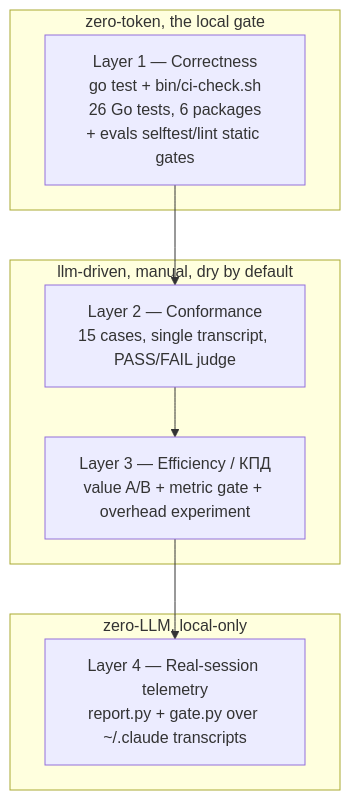
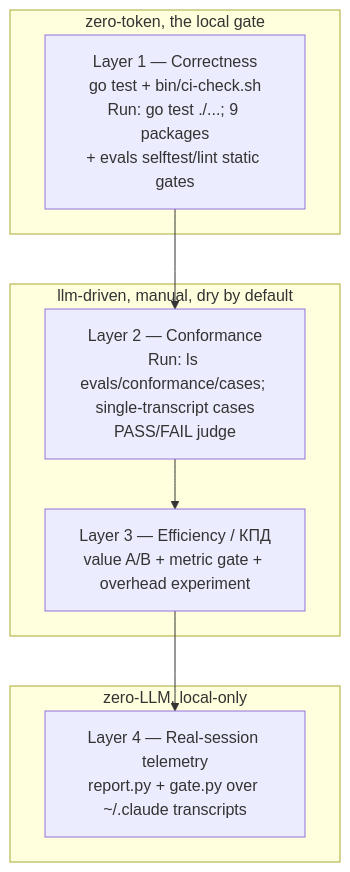
Before and after one commit to Tsurai7/agentic-toolset: the diagram in TESTING.md, drawn with Mermaid. The commit also changed other lines of this file and 62 other files, not shown here.

````diff
--- a/TESTING.md
+++ b/TESTING.md
@@ -39,16 +39,16 @@
 ```mermaid
 graph TD
     subgraph "zero-token, the local gate"
-        L1["Layer 1 — Correctness<br/>go test + bin/ci-check.sh<br/>26 Go tests, 6 packages<br/>+ evals selftest/lint static gates"]
+        L1["Layer 1 — Correctness<br/>go test + bin/ci-check.sh<br/>Run: go test ./...; 9 packages<br/>+ evals selftest/lint static gates"]
     end
     subgraph "llm-driven, manual, dry by default"
-        L2["Layer 2 — Conformance<br/>15 cases, single transcript, PASS/FAIL judge"]
+        L2["Layer 2 — Conformance<br/>Run: ls evals/conformance/cases; single-transcript cases<br/>PASS/FAIL judge"]
         L3["Layer 3 — Efficiency / КПД<br/>value A/B + metric gate + overhead experiment"]
     end
     subgraph "zero-LLM, local-only"
         L4["Layer 4 — Real-session telemetry<br/>report.py + gate.py over ~/.claude transcripts"]
     end
     L1 --> L2
     L2 --> L3
     L3 --> L4
 ```
````
